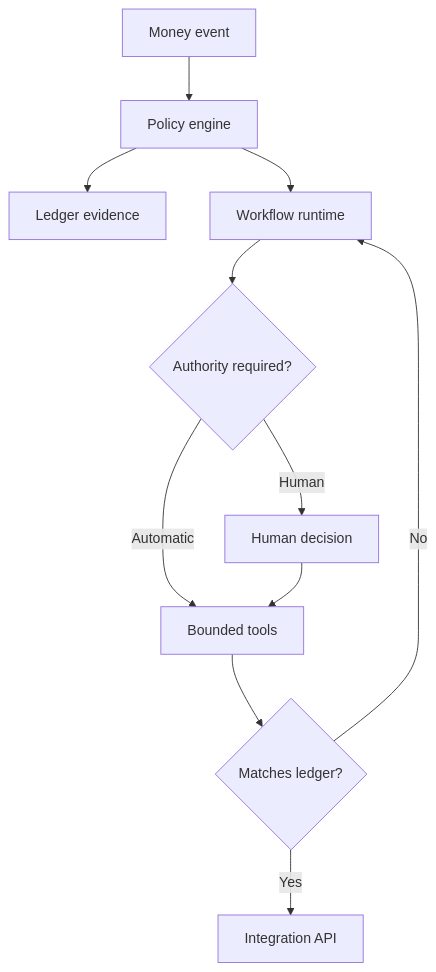
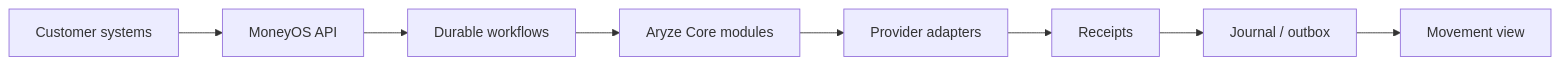
The diagram in README.md (J0UH/moneyos-platform), drawn with Mermaid before and after one commit. The commit also changed other lines of this file, not shown here.

Commit message:
docs: MoneyOS case study from production system shape

````diff
--- a/README.md
+++ b/README.md
@@ -35,15 +26,12 @@
 ```mermaid
-flowchart TD
+flowchart LR
 accTitle: MoneyOS
-accDescr: Money truth is recorded separately from workflow state. Automated and human authority converge on bounded tools, and no result leaves through the API until it reconciles with ledger evidence.
-    event["Money event"] --> policy["Policy engine"]
-    policy --> ledger["Ledger evidence"]
-    policy --> workflow["Workflow runtime"]
-    workflow --> authority{"Authority required?"}
-    authority -->|Automatic| tools["Bounded tools"]
-    authority -->|Human| decision["Human decision"]
-    decision --> tools
-    tools --> reconcile{"Matches ledger?"}
-    reconcile -->|No| workflow
-    reconcile -->|Yes| api["Integration API"]
+accDescr: Customer requests enter the MoneyOS API, become durable workflows that drive Core modules and provider adapters, then publish a sequenced movement record back to the customer view.
+  customer["Customer systems"] --> api["MoneyOS API"]
+  api --> wf["Durable workflows"]
+  wf --> core["Aryze Core modules"]
+  core --> adapters["Provider adapters"]
+  adapters --> receipts["Receipts"]
+  receipts --> journal["Journal / outbox"]
+  journal --> view["Movement view"]
 ```
````
